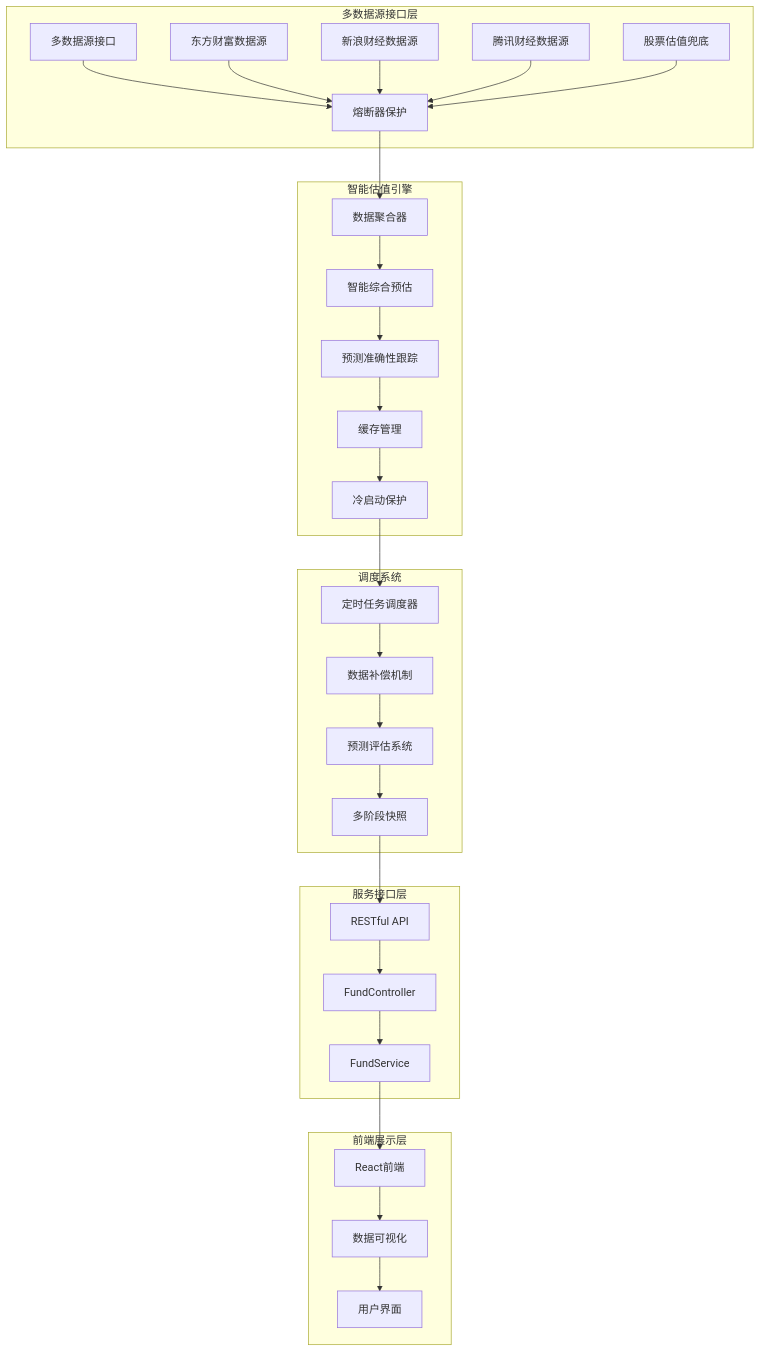
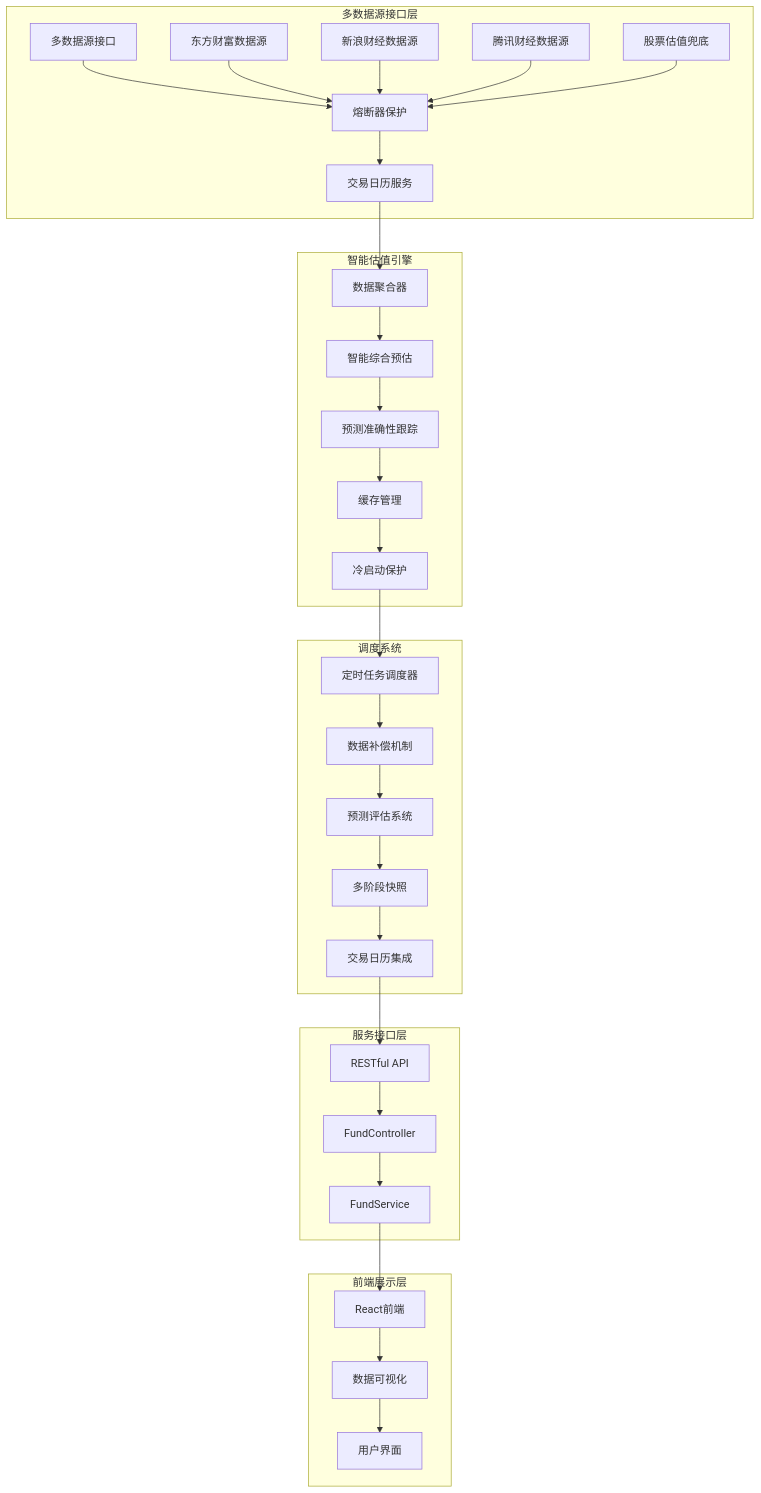
The first of 23 diagrams in .qoder/repowiki/zh/content/核心功能开发/多源基金估值系统.md (gree-coder/fund-butler), drawn with Mermaid before and after one commit. The commit also changed other lines of this file and 5 other files, not shown here.

````diff
--- a/.qoder/repowiki/zh/content/核心功能开发/多源基金估值系统.md
+++ b/.qoder/repowiki/zh/content/核心功能开发/多源基金估值系统.md
@@ -74,54 +78,58 @@
 ```mermaid
 graph TB
 subgraph "多数据源接口层"
 A[多数据源接口]
 B[东方财富数据源]
 C[新浪财经数据源]
 D[腾讯财经数据源]
 E[股票估值兜底]
 F[熔断器保护]
+G[交易日历服务]
 end
 subgraph "智能估值引擎"
-G[数据聚合器]
-H[智能综合预估]
-I[预测准确性跟踪]
-J[缓存管理]
-K[冷启动保护]
+H[数据聚合器]
+I[智能综合预估]
+J[预测准确性跟踪]
+K[缓存管理]
+L[冷启动保护]
 end
 subgraph "调度系统"
-L[定时任务调度器]
-M[数据补偿机制]
-N[预测评估系统]
-O[多阶段快照]
+M[定时任务调度器]
+N[数据补偿机制]
+O[预测评估系统]
+P[多阶段快照]
+Q[交易日历集成]
 end
 subgraph "服务接口层"
-P[RESTful API]
-Q[FundController]
-R[FundService]
+R[RESTful API]
+S[FundController]
+T[FundService]
 end
 subgraph "前端展示层"
-S[React前端]
-T[数据可视化]
-U[用户界面]
+U[React前端]
+V[数据可视化]
+W[用户界面]
 end
 A --> F
 B --> F
 C --> F
 D --> F
 E --> F
 F --> G
 G --> H
 H --> I
 I --> J
 J --> K
 K --> L
 L --> M
 M --> N
 N --> O
 O --> P
 P --> Q
 Q --> R
 R --> S
 S --> T
 T --> U
+U --> V
+V --> W
 ```
````
